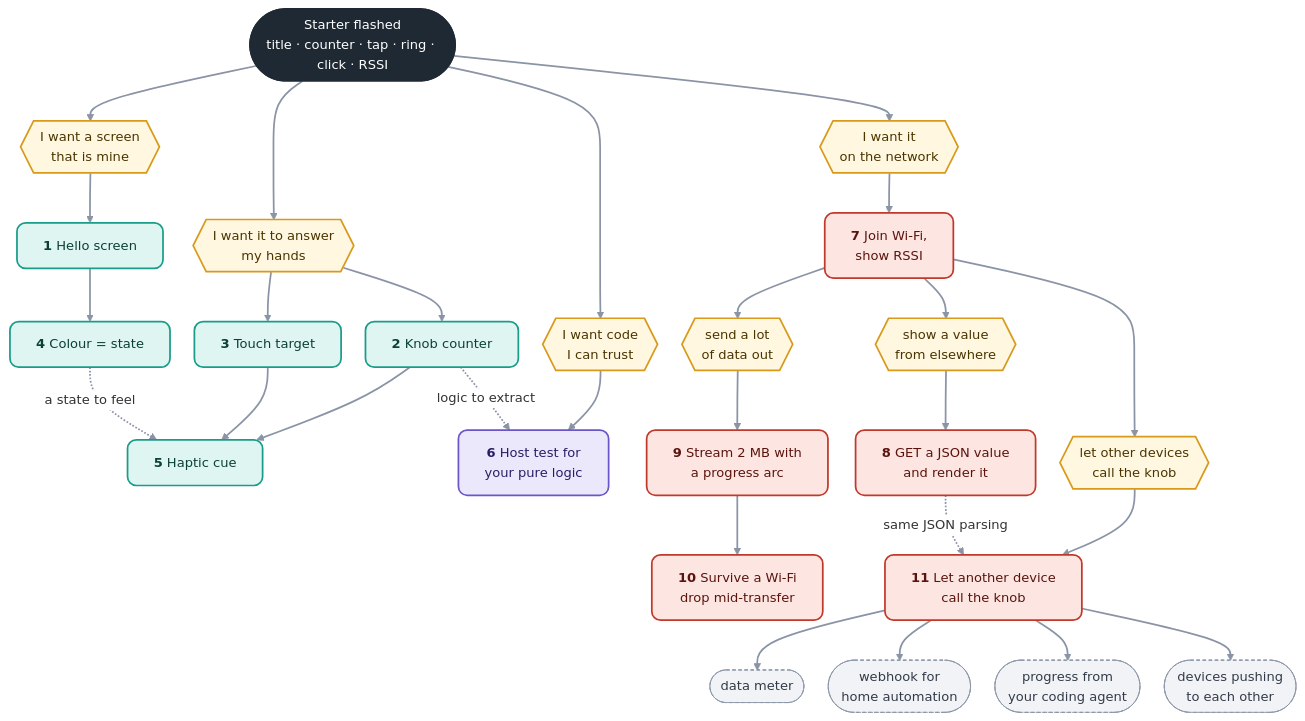
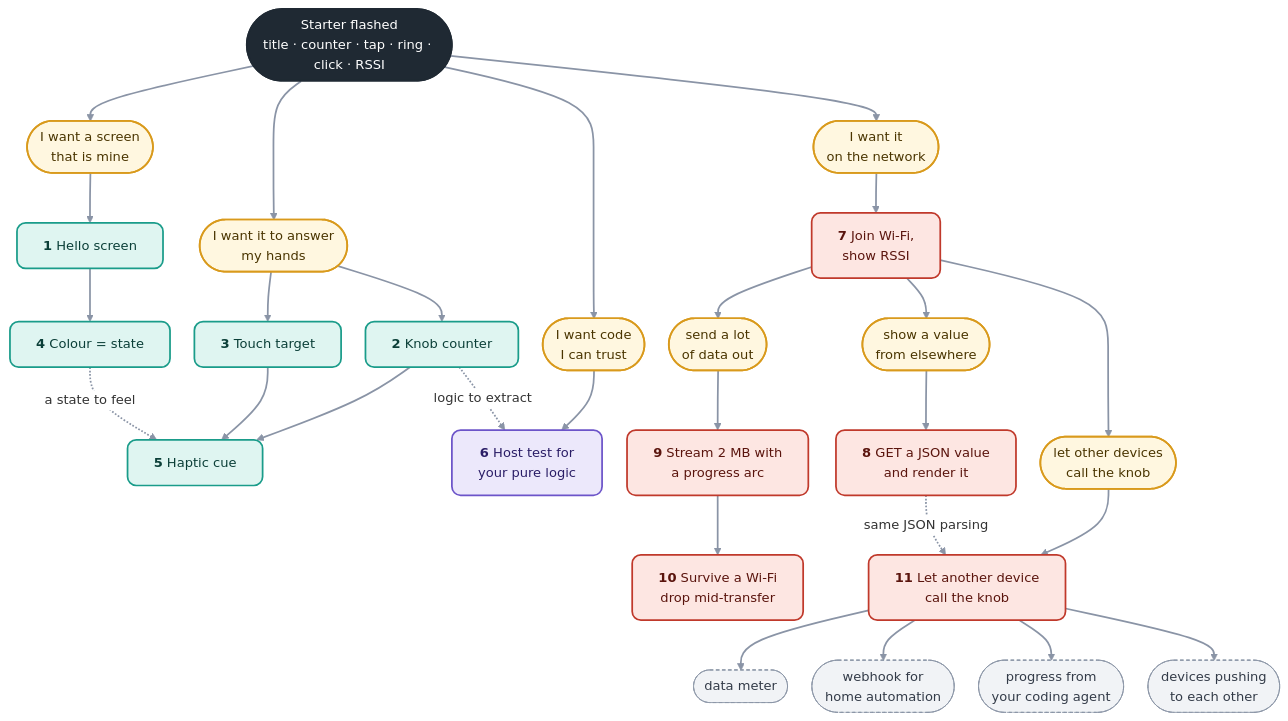
One commit to HenrikBach1/ida-embedded-workshop changed the diagram in docs/exercise-ladder.md. Above: the diagram before and after it, drawn with Mermaid.

Commit message:
docs: exercise map goal nodes without double braces (Jekyll's Liquid stripped them, mermaid syntax error on the site)
Claude-Session: https://claude.ai/code/session_019VE55tEMUjNX4BJTxRsGJf

````diff
--- a/docs/exercise-ladder.md
+++ b/docs/exercise-ladder.md
@@ -14,60 +14,60 @@
 ```mermaid
 %%{init: {"theme": "base", "flowchart": {"curve": "basis", "nodeSpacing": 28, "rankSpacing": 46},
   "themeVariables": {"fontFamily": "ui-sans-serif, system-ui, sans-serif", "fontSize": "15px",
   "lineColor": "#8a94a6", "edgeLabelBackground": "#ffffff"}}}%%
 flowchart TD
     START(["Starter flashed<br/>title · counter · tap · ring · click · RSSI"]):::start
 
-    START --> LOOK{{"I want a screen<br/>that is mine"}}:::goal
-    START --> FEEL{{"I want it to answer<br/>my hands"}}:::goal
-    START --> TRUST{{"I want code<br/>I can trust"}}:::goal
-    START --> ONLINE{{"I want it<br/>on the network"}}:::goal
+    START --> LOOK(["I want a screen<br/>that is mine"]):::goal
+    START --> FEEL(["I want it to answer<br/>my hands"]):::goal
+    START --> TRUST(["I want code<br/>I can trust"]):::goal
+    START --> ONLINE(["I want it<br/>on the network"]):::goal
 
     LOOK --> R1["<b>1</b> Hello screen"]:::ui
     R1 --> R4["<b>4</b> Colour = state"]:::ui
 
     FEEL --> R2["<b>2</b> Knob counter"]:::ui
     FEEL --> R3["<b>3</b> Touch target"]:::ui
     R2 --> R5["<b>5</b> Haptic cue"]:::ui
     R3 --> R5
     R4 -. "a state to feel" .-> R5
 
     TRUST --> R6["<b>6</b> Host test for<br/>your pure logic"]:::test
     R2 -. "logic to extract" .-> R6
 
     ONLINE --> R7["<b>7</b> Join Wi-Fi,<br/>show RSSI"]:::net
-    R7 --> SHOW{{"show a value<br/>from elsewhere"}}:::goal
-    R7 --> SEND{{"send a lot<br/>of data out"}}:::goal
-    R7 --> CALL{{"let other devices<br/>call the knob"}}:::goal
+    R7 --> SHOW(["show a value<br/>from elsewhere"]):::goal
+    R7 --> SEND(["send a lot<br/>of data out"]):::goal
+    R7 --> CALL(["let other devices<br/>call the knob"]):::goal
 
     SHOW --> R8["<b>8</b> GET a JSON value<br/>and render it"]:::net
     SEND --> R9["<b>9</b> Stream 2 MB with<br/>a progress arc"]:::net
     R9 --> R10["<b>10</b> Survive a Wi-Fi<br/>drop mid-transfer"]:::net
     CALL --> R11["<b>11</b> Let another device<br/>call the knob"]:::net
     R8 -. "same JSON parsing" .-> R11
 
     R11 --> L1(["data meter"]):::lead
     R11 --> L2(["webhook for<br/>home automation"]):::lead
     R11 --> L3(["progress from<br/>your coding agent"]):::lead
     R11 --> L4(["devices pushing<br/>to each other"]):::lead
 
     click R1 "#rung-1--hello-screen"
     click R2 "#rung-2--knob-counter"
     click R3 "#rung-3--touch-target"
     click R4 "#rung-4--colour--state"
     click R5 "#rung-5--haptic-cue"
     click R6 "#rung-6--host-test-for-your-pure-logic"
     click R7 "#rung-7--join-wi-fi-show-rssi"
     click R8 "#rung-8--get-a-json-value-and-render-it"
     click R9 "#rung-9--stream--2-mb-with-a-progress-arc"
     click R10 "#rung-10--survive-a-wi-fi-drop-mid-transfer"
     click R11 "#rung-11-stretch--let-another-device-call-the-knob"
 
     classDef start fill:#1f2933,stroke:#1f2933,color:#ffffff,stroke-width:2px
     classDef goal fill:#fff7e0,stroke:#d99a1c,color:#4a3500,stroke-width:2px
     classDef ui fill:#dff5f1,stroke:#1a9c8a,color:#0b3f38,stroke-width:2px,rx:10,ry:10
     classDef test fill:#ece8fb,stroke:#6c54c9,color:#2a1d66,stroke-width:2px,rx:10,ry:10
     classDef net fill:#fde6e2,stroke:#c0392b,color:#5a140d,stroke-width:2px,rx:10,ry:10
     classDef lead fill:#f1f3f6,stroke:#8a94a6,color:#333b48,stroke-dasharray:4 3
     linkStyle default stroke:#8a94a6,stroke-width:2px
 ```
````
